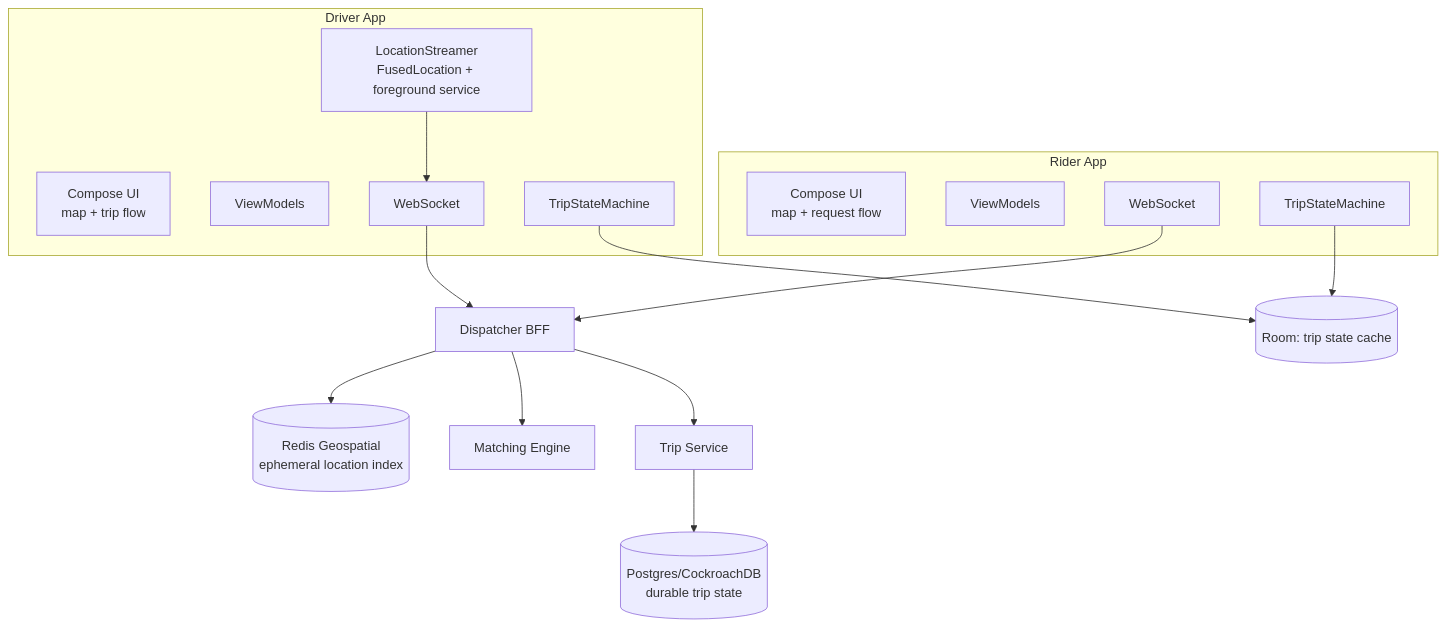
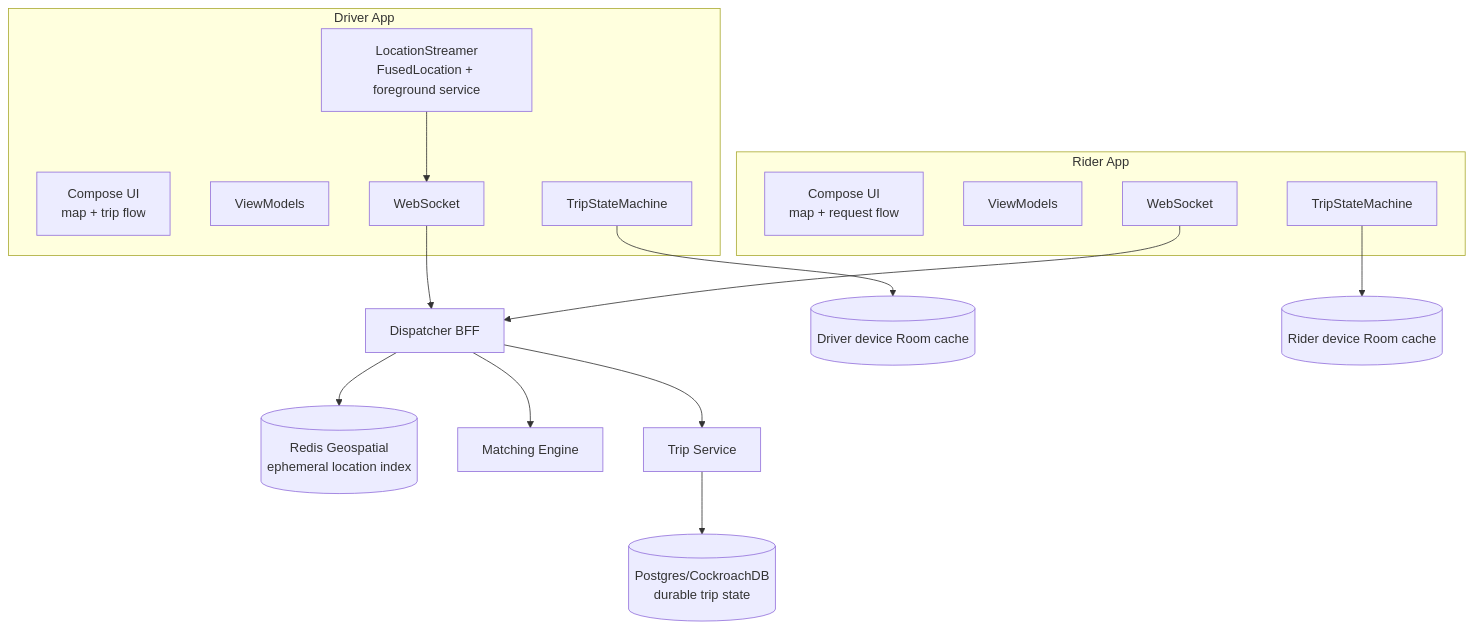
One commit to swarnsingh/android-staff-engineer-playbook-website changed the first of 4 diagrams in reference-architectures/ride-hailing-app.md. Above: the diagram before and after it, drawn with Mermaid. The commit also changed other lines of this file and 37 other files, not shown here.

Commit message:
Add the reviewed Reference Architectures chapters to the website

````diff
--- a/reference-architectures/ride-hailing-app.md
+++ b/reference-architectures/ride-hailing-app.md
@@ -33,25 +37,25 @@
 ```mermaid
 flowchart TB
     subgraph DriverApp[Driver App]
         DUI["Compose UI<br/>map + trip flow"]
         DVM[ViewModels]
         DLoc["LocationStreamer<br/>FusedLocation + foreground service"]
         DTrip[TripStateMachine]
         DSocket[WebSocket]
     end
     subgraph RiderApp[Rider App]
         RUI["Compose UI<br/>map + request flow"]
         RVM[ViewModels]
         RTrip[TripStateMachine]
         RSocket[WebSocket]
     end
     DLoc --> DSocket
     DSocket --> Dispatcher[Dispatcher BFF]
     RSocket --> Dispatcher
     Dispatcher --> LocationIdx[(Redis Geospatial<br/>ephemeral location index)]
     Dispatcher --> Matcher[Matching Engine]
     Dispatcher --> TripSvc[Trip Service]
     TripSvc --> TripDB[(Postgres/CockroachDB<br/>durable trip state)]
-    DTrip --> Room[(Room: trip state cache)]
-    RTrip --> Room
+    DTrip --> DRoom[(Driver device Room cache)]
+    RTrip --> RRoom[(Rider device Room cache)]
 ```
````
